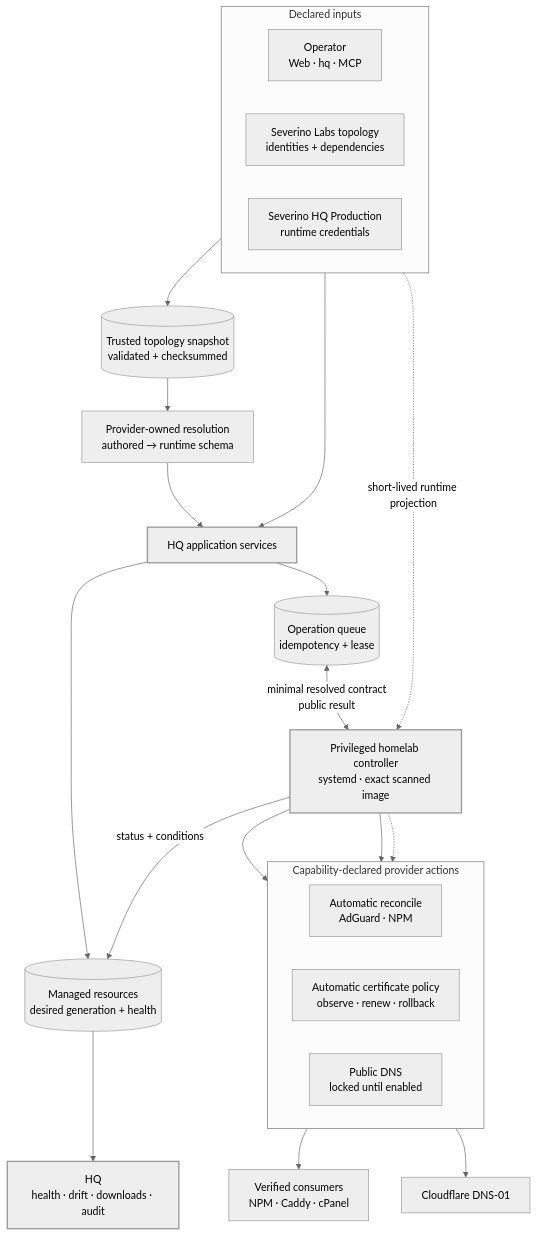
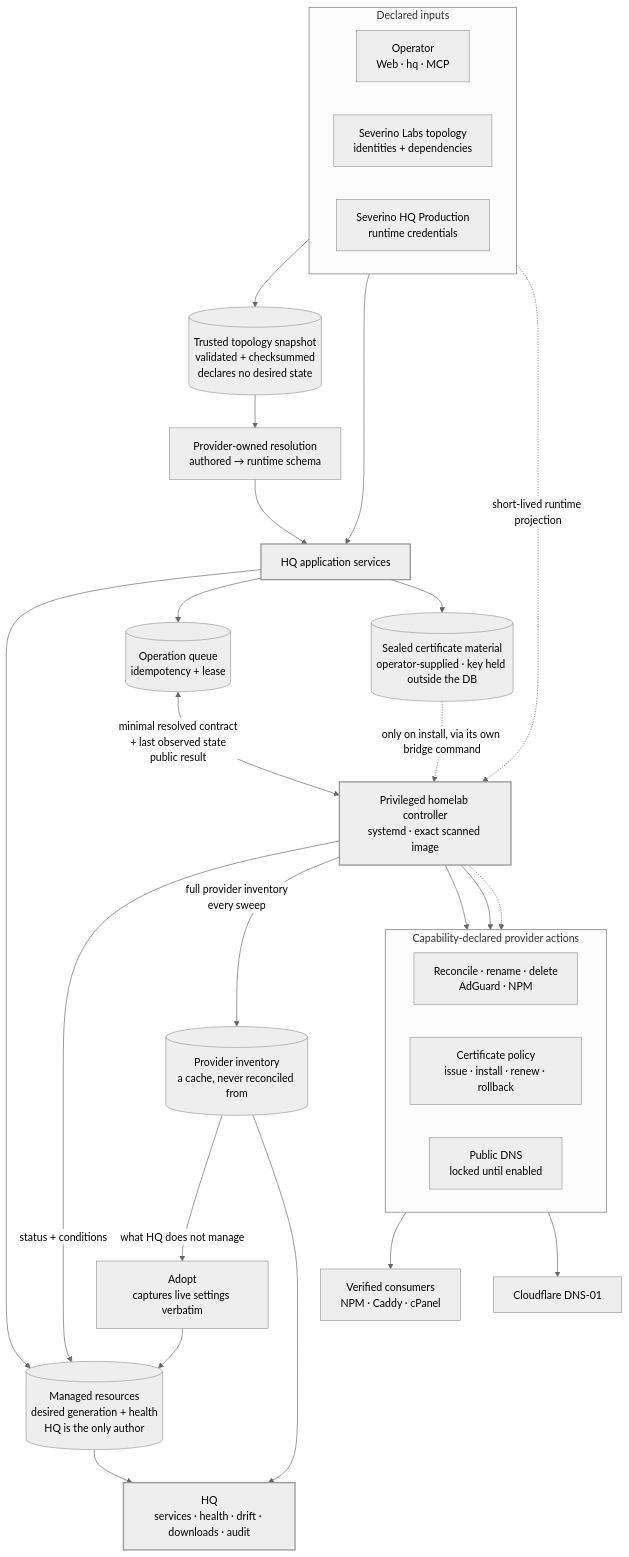
One commit to joeseverino/severino-hq changed the diagram in docs/diagrams/infrastructure-control-plane.mmd. Above: the diagram before and after it, drawn with Mermaid (neutral theme). The commit also changed 71 other files, not shown here.

```diff
--- a/docs/diagrams/infrastructure-control-plane.mmd
+++ b/docs/diagrams/infrastructure-control-plane.mmd
@@ -1,37 +1,44 @@
 flowchart TB
     subgraph inputs["Declared inputs"]
         direction LR
         operator["Operator<br/>Web · hq · MCP"]
         topology["Severino Labs topology<br/>identities + dependencies"]
         secrets["Severino HQ Production<br/>runtime credentials"]
     end
 
-    topology --> snapshot[("Trusted topology snapshot<br/>validated + checksummed")]
+    topology --> snapshot[("Trusted topology snapshot<br/>validated + checksummed<br/>declares no desired state")]
     snapshot --> resolver["Provider-owned resolution<br/>authored → runtime schema"]
     operator --> services["HQ application services"]
     resolver --> services
 
-    services --> desired[("Managed resources<br/>desired generation + health")]
+    services --> desired[("Managed resources<br/>desired generation + health<br/>HQ is the only author")]
     services --> queue[("Operation queue<br/>idempotency + lease")]
+    services --> material[("Sealed certificate material<br/>operator-supplied · key held outside the DB")]
 
-    queue <-->|"minimal resolved contract<br/>public result"| controller["Privileged homelab controller<br/>systemd · exact scanned image"]
+    queue <-->|"minimal resolved contract<br/>+ last observed state<br/>public result"| controller["Privileged homelab controller<br/>systemd · exact scanned image"]
+    material -. "only on install, via its own bridge command" .-> controller
     secrets -. "short-lived runtime projection" .-> controller
 
     subgraph outcomes["Capability-declared provider actions"]
         direction LR
-        internal["Automatic reconcile<br/>AdGuard · NPM"]
-        tls["Automatic certificate policy<br/>observe · renew · rollback"]
+        internal["Reconcile · rename · delete<br/>AdGuard · NPM"]
+        tls["Certificate policy<br/>issue · install · renew · rollback"]
         publicdns["Public DNS<br/>locked until enabled"]
     end
 
     controller --> internal
     controller --> tls
     controller -.-> publicdns
     tls --> consumers["Verified consumers<br/>NPM · Caddy · cPanel"]
     tls --> dns01["Cloudflare DNS-01"]
 
     controller -->|"status + conditions"| desired
-    desired --> ui["HQ<br/>health · drift · downloads · audit"]
+    controller -->|"full provider inventory<br/>every sweep"| inventory[("Provider inventory<br/>a cache, never reconciled from")]
+    inventory -->|"what HQ does not manage"| adopt["Adopt<br/>captures live settings verbatim"]
+    adopt --> desired
+
+    desired --> ui["HQ<br/>services · health · drift · downloads · audit"]
+    inventory --> ui
 
     classDef anchor stroke-width:2px;
     class services,controller,ui anchor;
```
